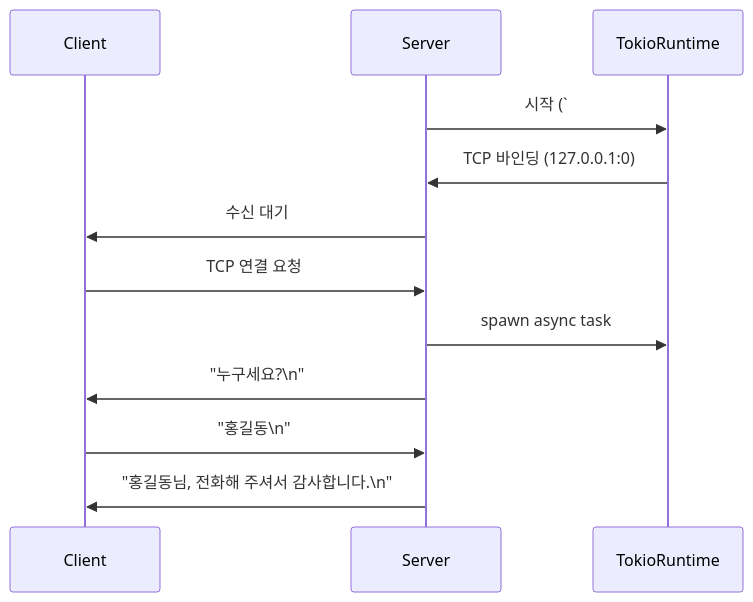
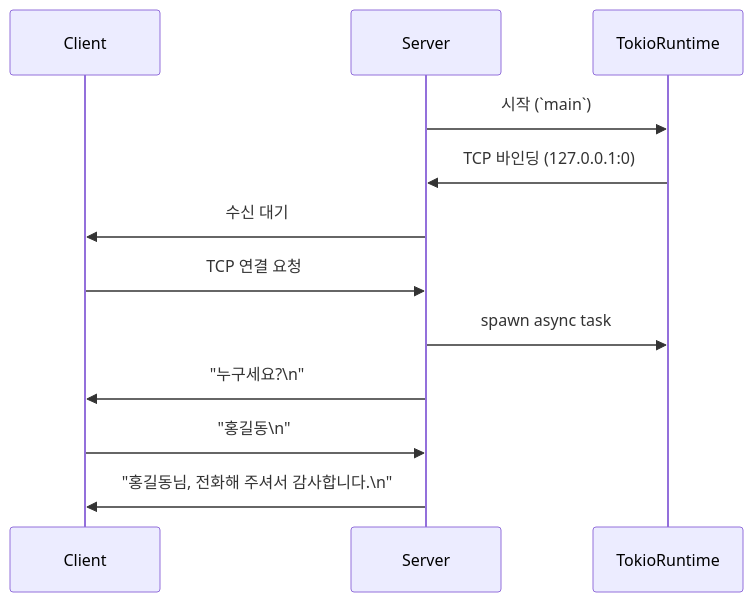
Before and after one commit to xmlbuilder/RustTutorial: the diagram in Chapter-11(비동기와 병렬 처리)/03-02-tokio_futures_단계별정리.md, drawn with Mermaid. The commit also changed other lines of this file, not shown here.

````diff
--- a/Chapter-11(비동기와 병렬 처리)/03-02-tokio_futures_단계별정리.md
+++ b/Chapter-11(비동기와 병렬 처리)/03-02-tokio_futures_단계별정리.md
@@ -96,18 +96,18 @@
 ```mermaid
 sequenceDiagram
     participant Client
     participant Server
     participant TokioRuntime
 
-    Server->>TokioRuntime: 시작 (`#[tokio::main]`)
+    Server->>TokioRuntime: 시작 (`main`)
     TokioRuntime->>Server: TCP 바인딩 (127.0.0.1:0)
     Server->>Client: 수신 대기
 
     Client->>Server: TCP 연결 요청
     Server->>TokioRuntime: spawn async task
 
     Server->>Client: "누구세요?\n"
     Client->>Server: "홍길동\n"
     Server->>Client: "홍길동님, 전화해 주셔서 감사합니다.\n"
 
 ```
````
